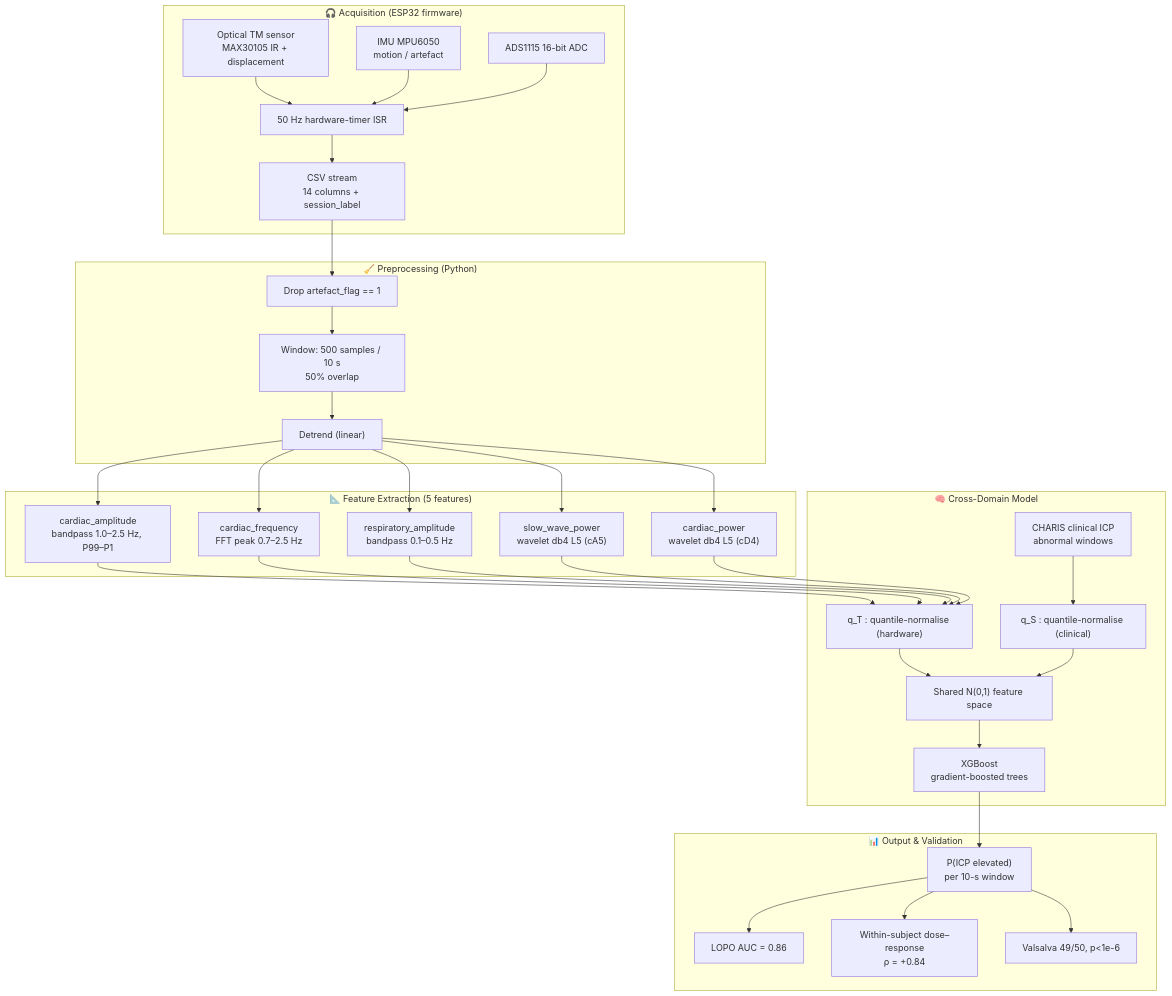
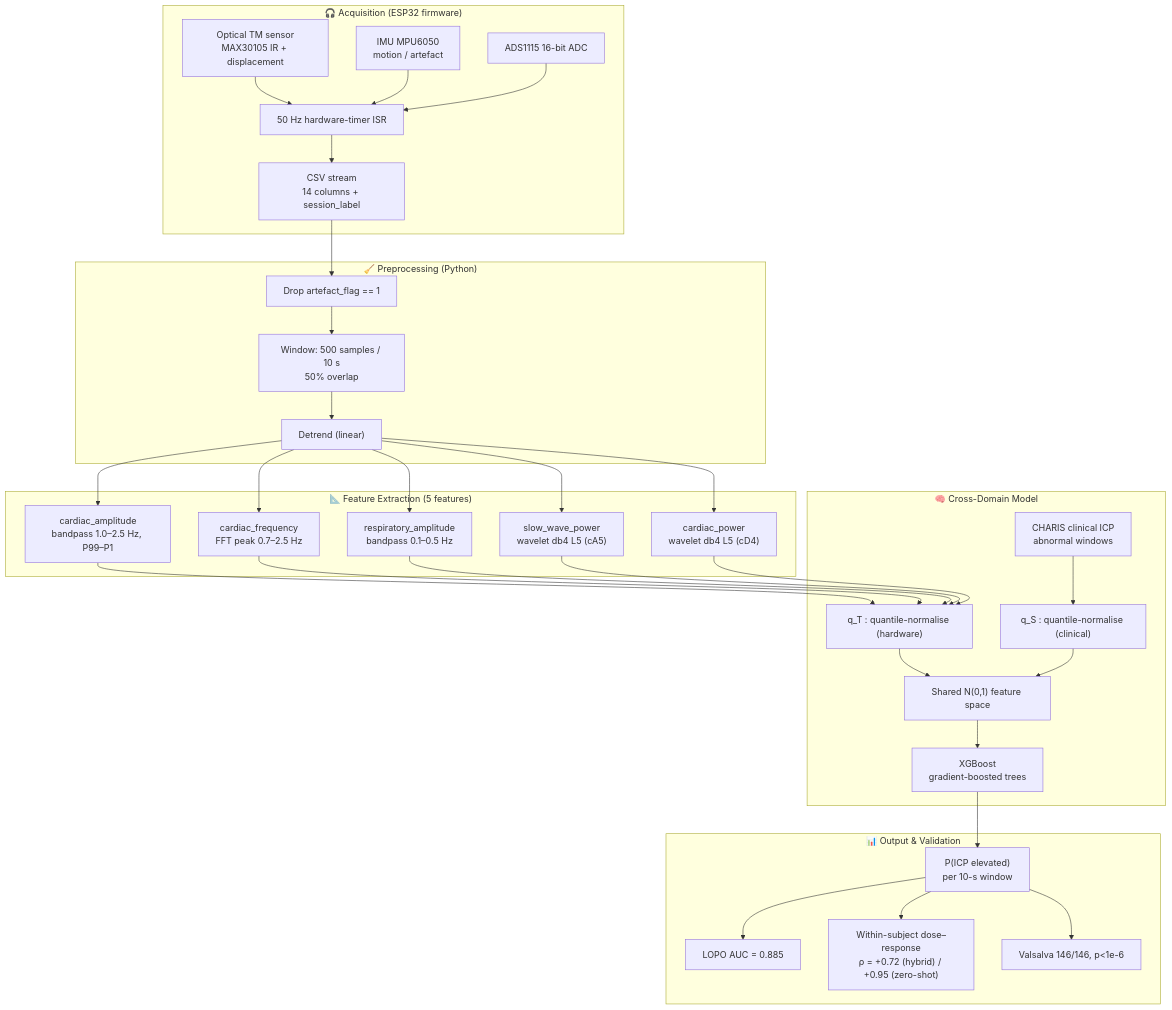
Before and after one commit to eshaansingla/Pran: the first of 9 diagrams in README.md, drawn with Mermaid. The commit also changed other lines of this file and 21 other files, not shown here.

````diff
--- a/README.md
+++ b/README.md
@@ -115,41 +123,41 @@
 ```mermaid
 flowchart TD
     subgraph ACQ["🎧 Acquisition (ESP32 firmware)"]
         A1["Optical TM sensor<br/>MAX30105 IR + displacement"]
         A2["IMU MPU6050<br/>motion / artefact"]
         A3["ADS1115 16-bit ADC"]
         A1 --> T["50 Hz hardware-timer ISR"]
         A2 --> T
         A3 --> T
         T --> CSV["CSV stream<br/>14 columns + session_label"]
     end
 
     subgraph PRE["🧹 Preprocessing (Python)"]
         CSV --> AF["Drop artefact_flag == 1"]
         AF --> WIN["Window: 500 samples / 10 s<br/>50% overlap"]
         WIN --> DT["Detrend (linear)"]
     end
 
     subgraph FE["📐 Feature Extraction (5 features)"]
         DT --> F1["cardiac_amplitude<br/>bandpass 1.0–2.5 Hz, P99–P1"]
         DT --> F2["cardiac_frequency<br/>FFT peak 0.7–2.5 Hz"]
         DT --> F3["respiratory_amplitude<br/>bandpass 0.1–0.5 Hz"]
         DT --> F4["slow_wave_power<br/>wavelet db4 L5 (cA5)"]
         DT --> F5["cardiac_power<br/>wavelet db4 L5 (cD4)"]
     end
 
     subgraph ML["🧠 Cross-Domain Model"]
         F1 & F2 & F3 & F4 & F5 --> QTH["q_T : quantile-normalise (hardware)"]
         CHARIS["CHARIS clinical ICP<br/>abnormal windows"] --> QTC["q_S : quantile-normalise (clinical)"]
         QTH --> MERGE["Shared N(0,1) feature space"]
         QTC --> MERGE
         MERGE --> XGB["XGBoost<br/>gradient-boosted trees"]
     end
 
     subgraph OUT["📊 Output & Validation"]
         XGB --> P["P(ICP elevated)<br/>per 10-s window"]
-        P --> LOPO["LOPO AUC = 0.86"]
-        P --> DOSE["Within-subject dose–response<br/>ρ = +0.84"]
-        P --> VAL["Valsalva 49/50, p<1e-6"]
+        P --> LOPO["LOPO AUC = 0.885"]
+        P --> DOSE["Within-subject dose–response<br/>ρ = +0.72 (hybrid) / +0.95 (zero-shot)"]
+        P --> VAL["Valsalva 146/146, p<1e-6"]
     end
 ```
````
